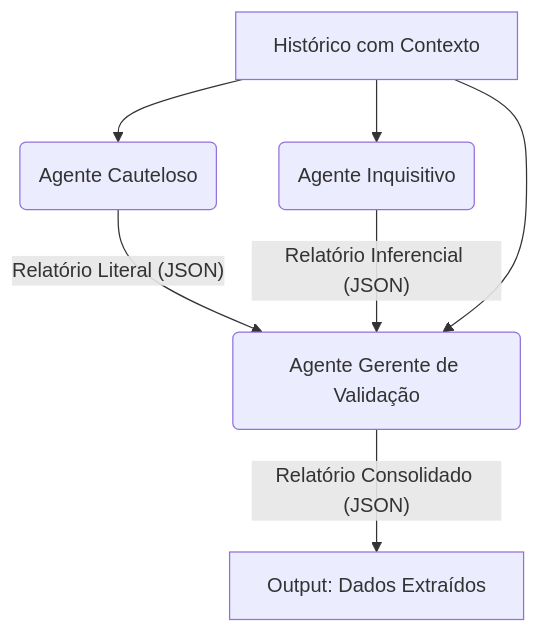
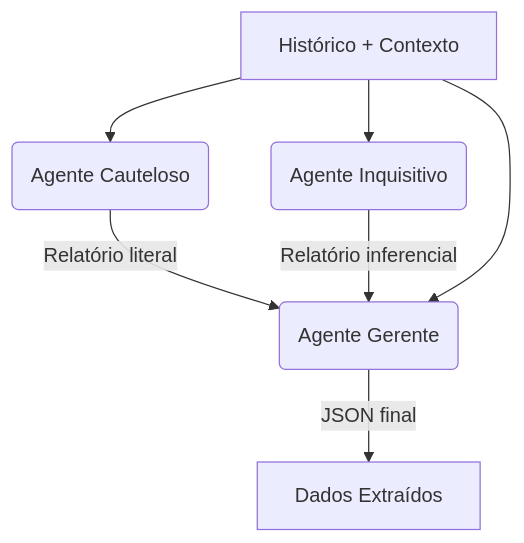
One commit to MrSchrodingers/vigia changed the second of 3 diagrams in README.md. Above: the diagram before and after it, drawn with Mermaid. The commit also changed other lines of this file, not shown here.

````diff
--- a/README.md
+++ b/README.md
@@ -109,9 +105,9 @@
     ```mermaid
-    graph TD
-        A[Histórico com Contexto] --> B(Agente Cauteloso);
-        A --> C(Agente Inquisitivo);
-        B -- Relatório Literal (JSON) --> D(Agente Gerente de Validação);
-        C -- Relatório Inferencial (JSON) --> D;
-        A --> D;
-        D -- Relatório Consolidado (JSON) --> F[Output: Dados Extraídos];
+      flowchart TD
+        H[Histórico + Contexto] --> CA(Agente Cauteloso)
+        H --> INQ(Agente Inquisitivo)
+        CA -->|Relatório literal| GER(Agente Gerente)
+        INQ -->|Relatório inferencial| GER
+        H --> GER
+        GER -->|JSON final| OUT[Dados Extraídos]
     ```
````
